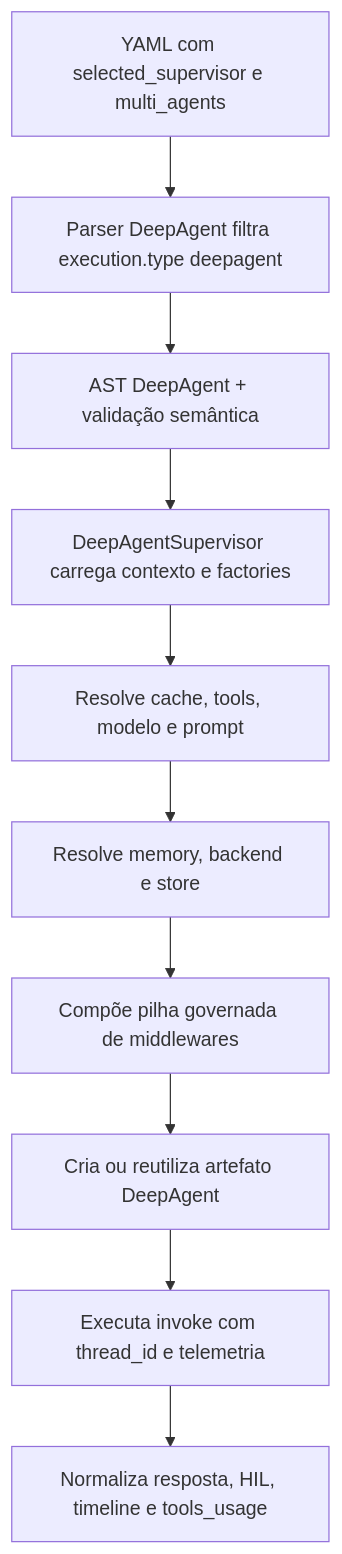
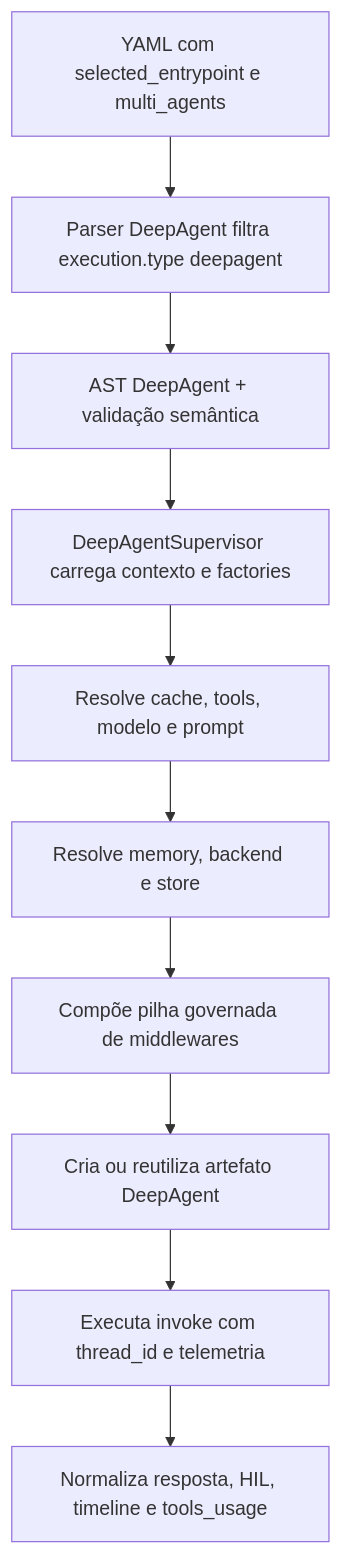
One commit to mrctito/plataforma_agentes_negocio_docs changed the diagram in assets/diagrams/docs-readme-deepagents-supervisor-diagrama-01.mmd. Above: the diagram before and after it, drawn with Mermaid. The commit also changed 60 other files, not shown here.

```diff
--- a/assets/diagrams/docs-readme-deepagents-supervisor-diagrama-01.mmd
+++ b/assets/diagrams/docs-readme-deepagents-supervisor-diagrama-01.mmd
@@ -1,10 +1,10 @@
 flowchart TD
-    A["YAML com selected_supervisor e multi_agents"] --> B["Parser DeepAgent filtra execution.type deepagent"]
+    A["YAML com selected_entrypoint e multi_agents"] --> B["Parser DeepAgent filtra execution.type deepagent"]
     B --> C["AST DeepAgent + validação semântica"]
     C --> D["DeepAgentSupervisor carrega contexto e factories"]
     D --> E["Resolve cache, tools, modelo e prompt"]
     E --> F["Resolve memory, backend e store"]
     F --> G["Compõe pilha governada de middlewares"]
     G --> H["Cria ou reutiliza artefato DeepAgent"]
     H --> I["Executa invoke com thread_id e telemetria"]
     I --> J["Normaliza resposta, HIL, timeline e tools_usage"]
```
